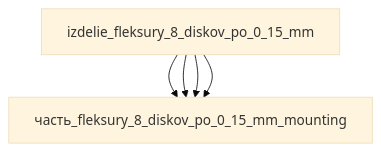
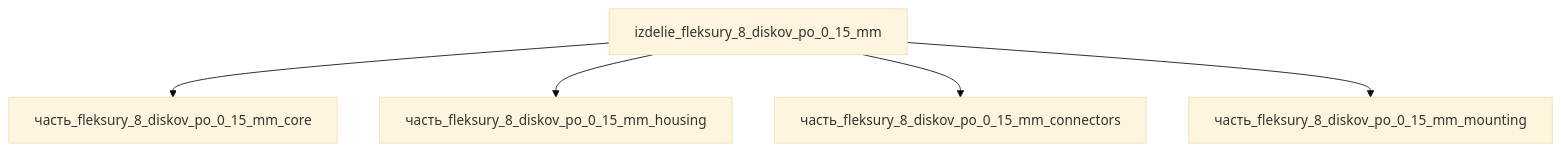
One commit to a-m-e-n-t-e-t/SkyNet changed the diagram in реальные данные/изделия/приводная_система/fleksury_8_diskov_po_0_15_mm/_index.md. Above: the diagram before and after it, drawn with Mermaid (base theme). The commit also changed other lines of this file and 4 other files, not shown here.

````diff
--- a/реальные данные/изделия/приводная_система/fleksury_8_diskov_po_0_15_mm/_index.md
+++ b/реальные данные/изделия/приводная_система/fleksury_8_diskov_po_0_15_mm/_index.md
@@ -131,12 +188,12 @@
 ```mermaid
 graph TD
-    fleksury_8_diskov_po["izdelie_fleksury_8_diskov_po_0_15_mm"]
-    fleksury_8_diskov_po_0_15["часть_fleksury_8_diskov_po_0_15_mm_core"]
-    fleksury_8_diskov_po --> fleksury_8_diskov_po_0_15
-    fleksury_8_diskov_po_0_15["часть_fleksury_8_diskov_po_0_15_mm_housing"]
-    fleksury_8_diskov_po --> fleksury_8_diskov_po_0_15
-    fleksury_8_diskov_po_0_15["часть_fleksury_8_diskov_po_0_15_mm_connectors"]
-    fleksury_8_diskov_po --> fleksury_8_diskov_po_0_15
-    fleksury_8_diskov_po_0_15["часть_fleksury_8_diskov_po_0_15_mm_mounting"]
-    fleksury_8_diskov_po --> fleksury_8_diskov_po_0_15
+    izdelie_fleksury_8_diskov_po_0_15_mm["izdelie_fleksury_8_diskov_po_0_15_mm"]
+    ______fleksury_8_diskov_po_0_15_mm_core["часть_fleksury_8_diskov_po_0_15_mm_core"]
+    izdelie_fleksury_8_diskov_po_0_15_mm --> ______fleksury_8_diskov_po_0_15_mm_core
+    ______fleksury_8_diskov_po_0_15_mm_housing["часть_fleksury_8_diskov_po_0_15_mm_housing"]
+    izdelie_fleksury_8_diskov_po_0_15_mm --> ______fleksury_8_diskov_po_0_15_mm_housing
+    ______fleksury_8_diskov_po_0_15_mm_connectors["часть_fleksury_8_diskov_po_0_15_mm_connectors"]
+    izdelie_fleksury_8_diskov_po_0_15_mm --> ______fleksury_8_diskov_po_0_15_mm_connectors
+    ______fleksury_8_diskov_po_0_15_mm_mounting["часть_fleksury_8_diskov_po_0_15_mm_mounting"]
+    izdelie_fleksury_8_diskov_po_0_15_mm --> ______fleksury_8_diskov_po_0_15_mm_mounting
 ```
````
